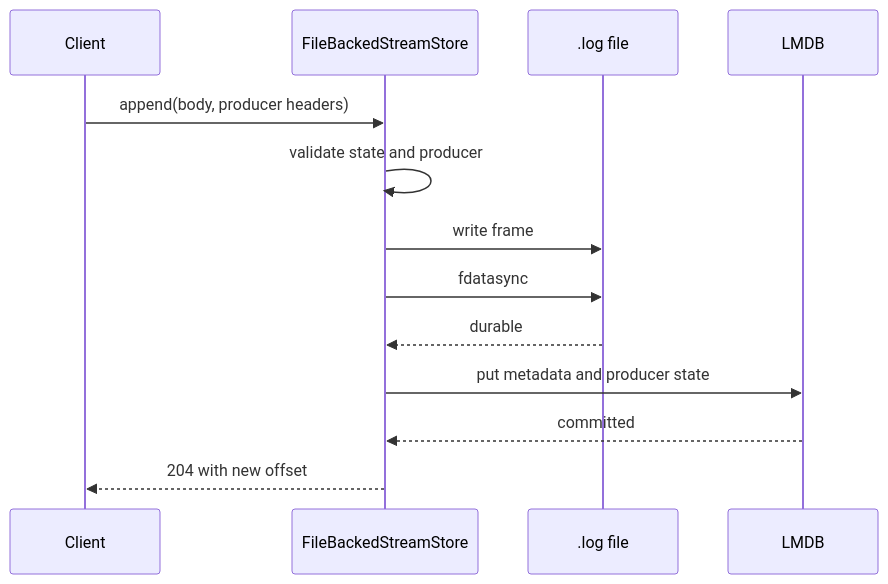
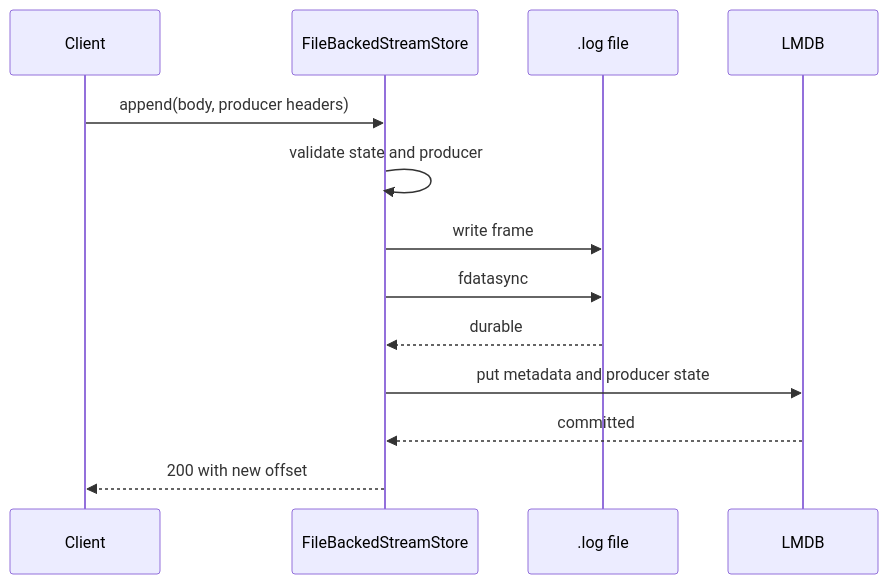
One commit to ewe-studios/explorations changed the second of 4 diagrams in src.durable-streams/src.electric/markdown/durable-streams/05-storage-and-durability.md. Above: the diagram before and after it, drawn with Mermaid. The commit also changed other lines of this file and 108 other files, not shown here.

````diff
--- a/src.durable-streams/src.electric/markdown/durable-streams/05-storage-and-durability.md
+++ b/src.durable-streams/src.electric/markdown/durable-streams/05-storage-and-durability.md
@@ -223,15 +223,15 @@
 ```mermaid
 sequenceDiagram
     participant C as Client
     participant S as FileBackedStreamStore
     participant F as .log file
     participant D as LMDB
     C->>S: append(body, producer headers)
     S->>S: validate state and producer
     S->>F: write frame
     S->>F: fdatasync
     F-->>S: durable
     S->>D: put metadata and producer state
     D-->>S: committed
-    S-->>C: 204 with new offset
+    S-->>C: 200 with new offset
 ```
````
